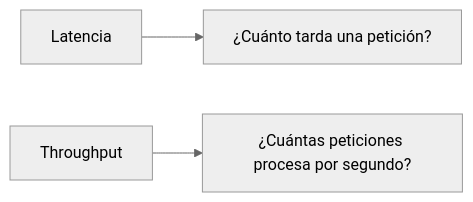
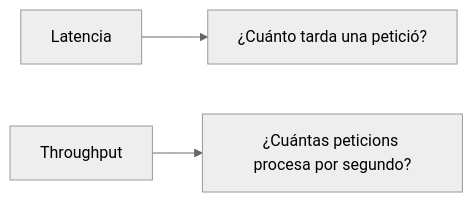
The third of 6 diagrams in docs/daw-daw/up3/07-pruebas-rendimiento.md (jordicido/jordicina), drawn with Mermaid (neutral theme) before and after one commit. The commit also changed other lines of this file and 10 other files, not shown here.

````diff
--- a/docs/daw-daw/up3/07-pruebas-rendimiento.md
+++ b/docs/daw-daw/up3/07-pruebas-rendimiento.md
@@ -232,5 +232,5 @@
 ```mermaid
 flowchart LR
-    L["Latencia"] --> LT["¿Cuánto tarda una petición?"]
-    T["Throughput"] --> TT["¿Cuántas peticiones procesa por segundo?"]
+    L["Latencia"] --> LT["¿Cuánto tarda una petició?"]
+    T["Throughput"] --> TT["¿Cuántas peticions procesa por segundo?"]
 ```
````
